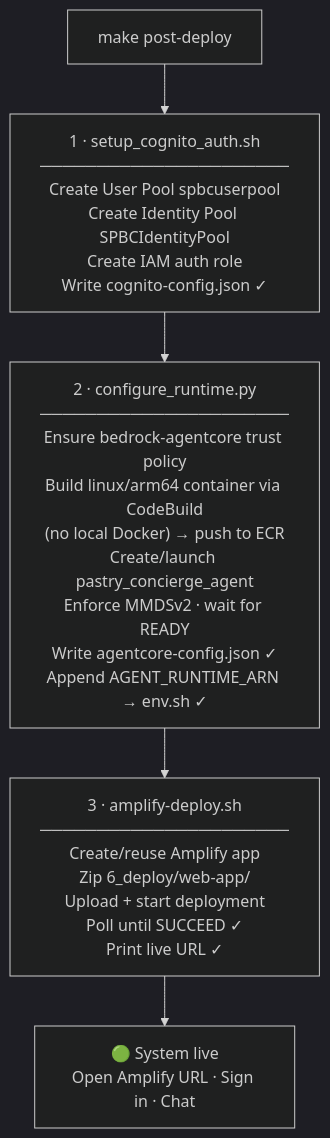
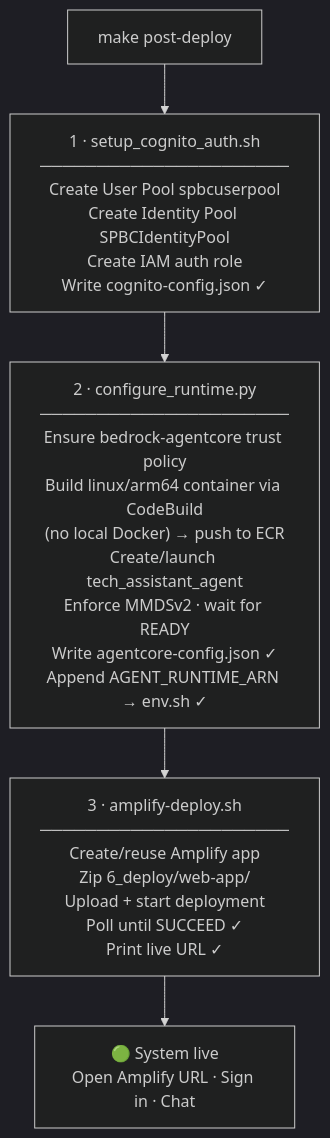
Before and after one commit to uzerGenAi/cyberport-tech-assistant: the fourth of 4 diagrams in README.md, drawn with Mermaid (dark theme). The commit also changed other lines of this file and 117 other files, not shown here.

First line of the commit message:
Rebrand to Cyberport Tech Assistant; add AgentCore Memory and tracing

````diff
--- a/README.md
+++ b/README.md
@@ -314,10 +331,10 @@
 ```mermaid
 flowchart TD
     PD["make post-deploy"]
     C1["1 · setup_cognito_auth.sh\n──────────────────────\nCreate User Pool spbcuserpool\nCreate Identity Pool SPBCIdentityPool\nCreate IAM auth role\nWrite cognito-config.json ✓"]
-    C2["2 · configure_runtime.py\n──────────────────────\nEnsure bedrock-agentcore trust policy\nBuild linux/arm64 container via CodeBuild\n(no local Docker) → push to ECR\nCreate/launch pastry_concierge_agent\nEnforce MMDSv2 · wait for READY\nWrite agentcore-config.json ✓\nAppend AGENT_RUNTIME_ARN → env.sh ✓"]
+    C2["2 · configure_runtime.py\n──────────────────────\nEnsure bedrock-agentcore trust policy\nBuild linux/arm64 container via CodeBuild\n(no local Docker) → push to ECR\nCreate/launch tech_assistant_agent\nEnforce MMDSv2 · wait for READY\nWrite agentcore-config.json ✓\nAppend AGENT_RUNTIME_ARN → env.sh ✓"]
     C3["3 · amplify-deploy.sh\n──────────────────────\nCreate/reuse Amplify app\nZip 6_deploy/web-app/\nUpload + start deployment\nPoll until SUCCEED ✓\nPrint live URL ✓"]
     DONE["🟢 System live\nOpen Amplify URL · Sign in · Chat"]
 
     PD --> C1 --> C2 --> C3 --> DONE
 ```
````
